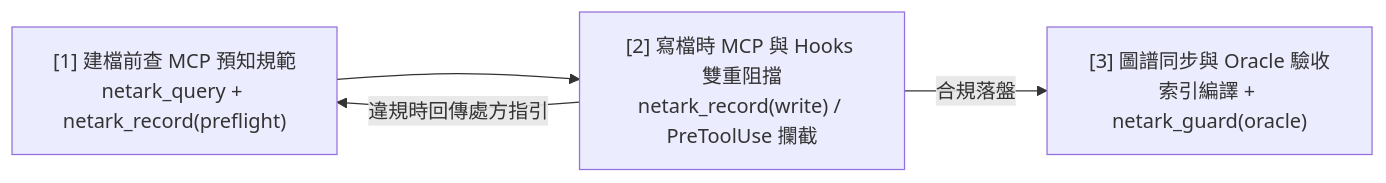
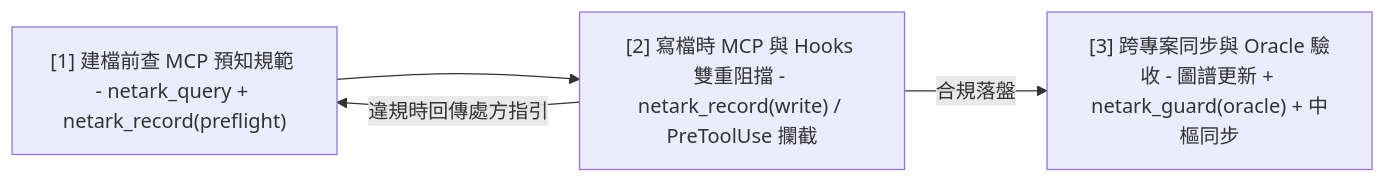
One commit to joinblue/NetArk changed the diagram in templates/mcp/README.zh-TW.md. Above: the diagram before and after it, drawn with Mermaid. The commit also changed other lines of this file and 25 other files, not shown here.

````diff
--- a/templates/mcp/README.zh-TW.md
+++ b/templates/mcp/README.zh-TW.md
@@ -22,6 +22,6 @@
 ```mermaid
 flowchart LR
-    S1["[1] 建檔前查 MCP 預知規範<br/>netark_query + netark_record(preflight)"] --> S2["[2] 寫檔時 MCP 與 Hooks 雙重阻擋<br/>netark_record(write) / PreToolUse 攔截"]
+    S1["[1] 建檔前查 MCP 預知規範 - netark_query + netark_record(preflight)"] --> S2["[2] 寫檔時 MCP 與 Hooks 雙重阻擋 - netark_record(write) / PreToolUse 攔截"]
     S2 -->|"違規時回傳處方指引"| S1
-    S2 -->|"合規落盤"| S3["[3] 圖譜同步與 Oracle 驗收<br/>索引編譯 + netark_guard(oracle)"]
+    S2 -->|"合規落盤"| S3["[3] 跨專案同步與 Oracle 驗收 - 圖譜更新 + netark_guard(oracle) + 中樞同步"]
 ```
````
